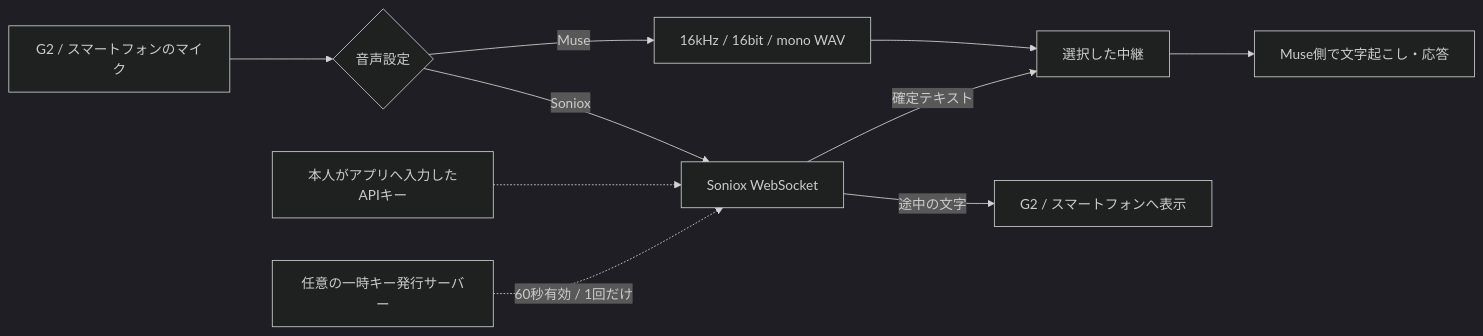
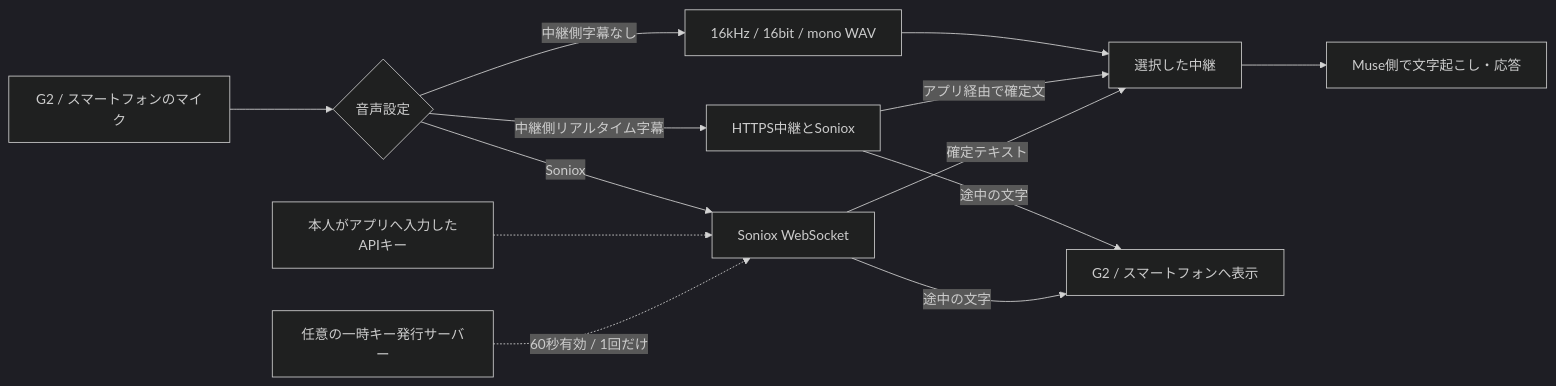
Before and after one commit to 3mintimer/muse-relay: the fifth of 5 diagrams in docs/protocol.ja.md, drawn with Mermaid (dark theme). The commit also changed other lines of this file and 33 other files, not shown here.

Commit message:
feat: stream live captions through the HTTPS relay

````diff
--- a/docs/protocol.ja.md
+++ b/docs/protocol.ja.md
@@ -406,11 +407,14 @@
 ```mermaid
 flowchart LR
   Mic[G2 / スマートフォンのマイク] --> Choice{音声設定}
-  Choice -->|Muse| WAV[16kHz / 16bit / mono WAV]
+  Choice -->|中継側字幕なし| WAV[16kHz / 16bit / mono WAV]
   WAV --> Relay[選択した中継] --> Muse[Muse側で文字起こし・応答]
+  Choice -->|中継側リアルタイム字幕| Live[HTTPS中継とSoniox]
+  Live -->|途中の文字| Glasses
+  Live -->|アプリ経由で確定文| Relay
   Choice -->|Soniox| STT[Soniox WebSocket]
   Key[本人がアプリへ入力したAPIキー] -.-> STT
   Token[任意の一時キー発行サーバー] -.->|60秒有効 / 1回だけ| STT
   STT -->|途中の文字| Glasses[G2 / スマートフォンへ表示]
   STT -->|確定テキスト| Relay
 ```
````
